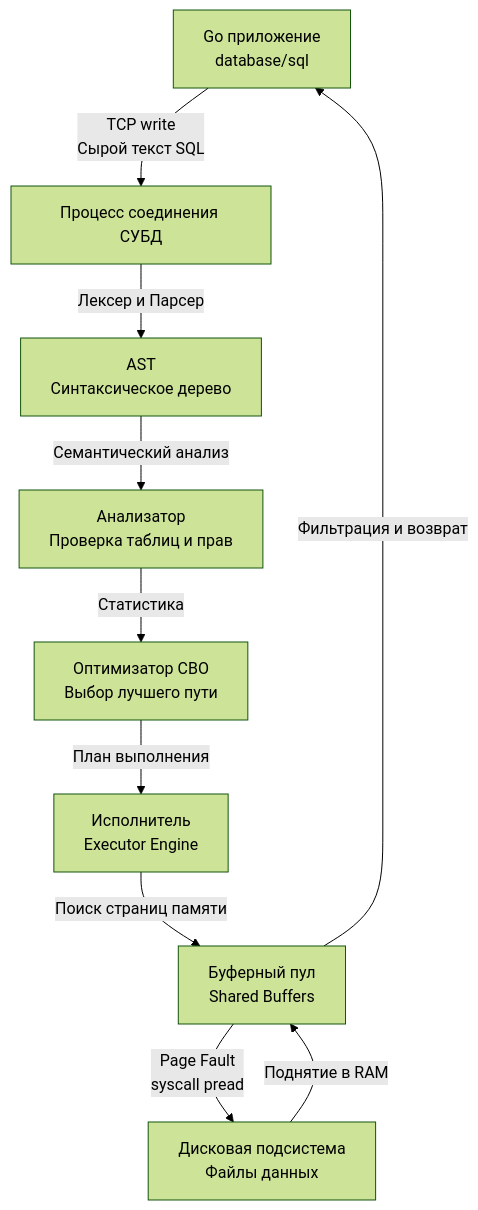
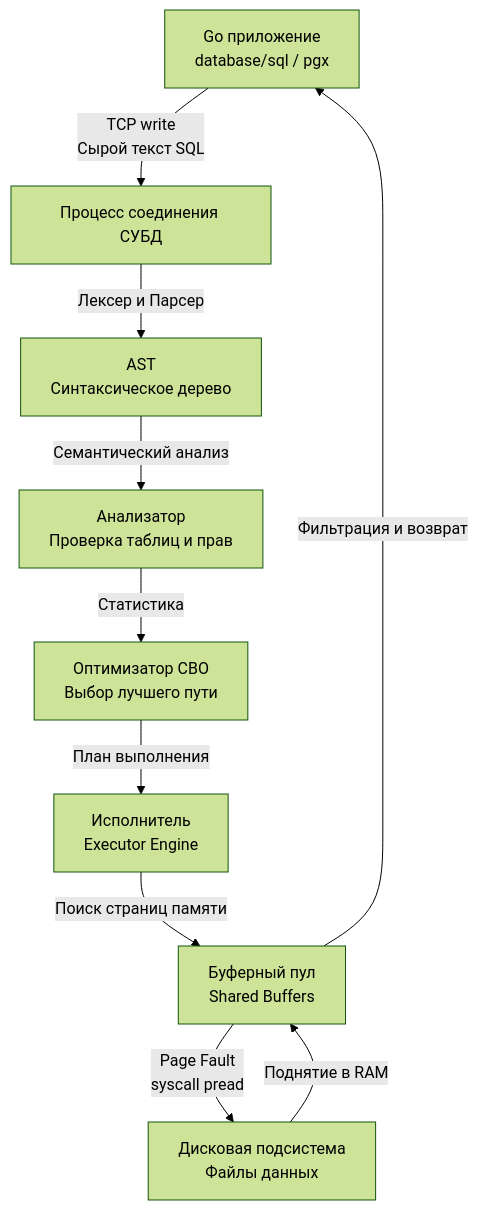
One commit to UnrealTemplier/go-textbook changed the first of 2 diagrams in sources/12. Базы данных/02. SQL базовый/1. Введение в SQL.md. Above: the diagram before and after it, drawn with Mermaid (forest theme). The commit also changed other lines of this file, not shown here.

````diff
--- a/sources/12. Базы данных/02. SQL базовый/1. Введение в SQL.md
+++ b/sources/12. Базы данных/02. SQL базовый/1. Введение в SQL.md
@@ -13,12 +23,12 @@
 ```mermaid
 flowchart TD
-    Client["Go приложение<br>database/sql"]-->|"TCP write<br>Сырой текст SQL"| PGConn["Процесс соединения СУБД"]
+    Client["Go приложение<br>database/sql / pgx"]-->|"TCP write<br>Сырой текст SQL"| PGConn["Процесс соединения СУБД"]
     PGConn-->|"Лексер и Парсер"| AST["AST<br>Синтаксическое дерево"]
     AST-->|"Семантический анализ"| Analyzer["Анализатор<br>Проверка таблиц и прав"]
     Analyzer-->|"Статистика"| Optimizer["Оптимизатор CBO<br>Выбор лучшего пути"]
     Optimizer-->|"План выполнения"| Executor["Исполнитель<br>Executor Engine"]
     Executor-->|"Поиск страниц памяти"| BufferPool["Буферный пул<br>Shared Buffers"]
     BufferPool-->|"Page Fault<br>syscall pread"| Disk["Дисковая подсистема<br>Файлы данных"]
     Disk-->|"Поднятие в RAM"| BufferPool
     BufferPool-->|"Фильтрация и возврат"| Client
 ```
````
